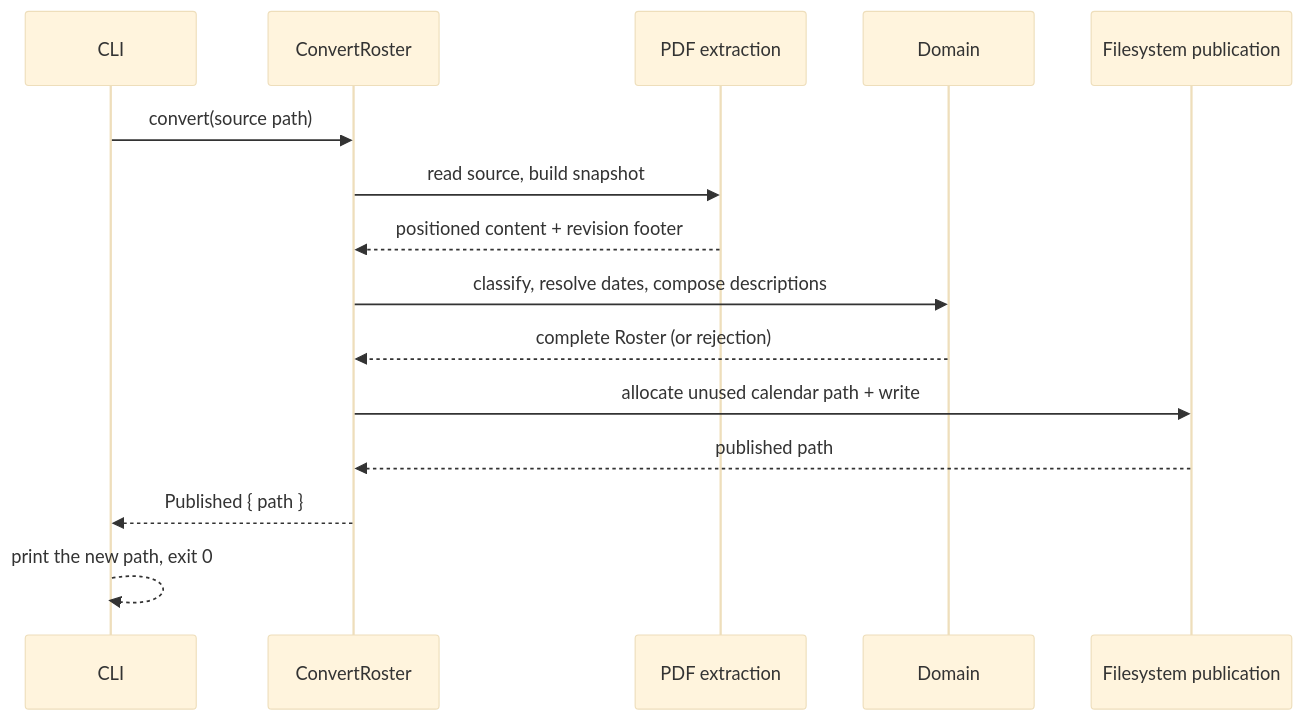
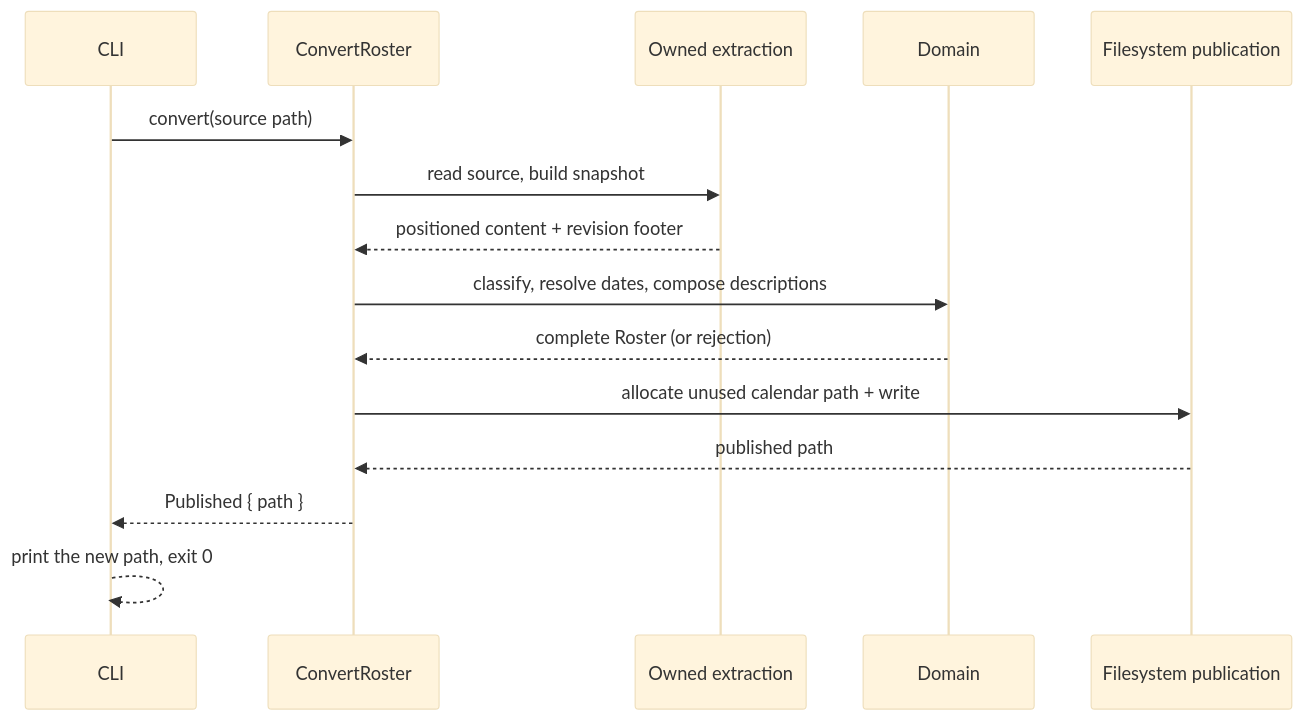
Before and after one commit to duty2cal/duty2cal: the first of 22 diagrams in docs/arc42/06-runtime-view.md, drawn with Mermaid (base theme). The commit also changed other lines of this file and 24 other files, not shown here.

````diff
--- a/docs/arc42/06-runtime-view.md
+++ b/docs/arc42/06-runtime-view.md
@@ -15,17 +15,17 @@
 ```mermaid
 sequenceDiagram
   participant CLI
   participant App as ConvertRoster
-  participant PDF as PDF extraction
+  participant PDF as Owned extraction
   participant Dom as Domain
   participant FS as Filesystem publication
   CLI->>App: convert(source path)
   App->>PDF: read source, build snapshot
   PDF-->>App: positioned content + revision footer
   App->>Dom: classify, resolve dates, compose descriptions
   Dom-->>App: complete Roster (or rejection)
   App->>FS: allocate unused calendar path + write
   FS-->>App: published path
   App-->>CLI: Published { path }
   CLI-->>CLI: print the new path, exit 0
 ```
````
